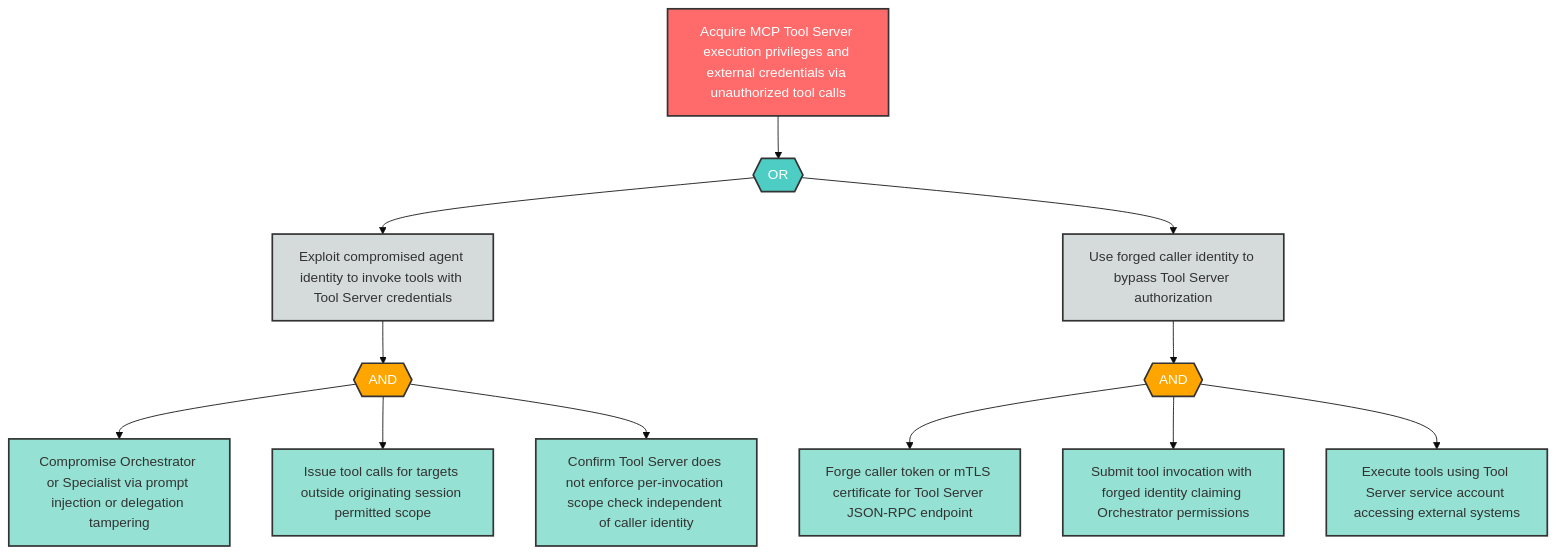
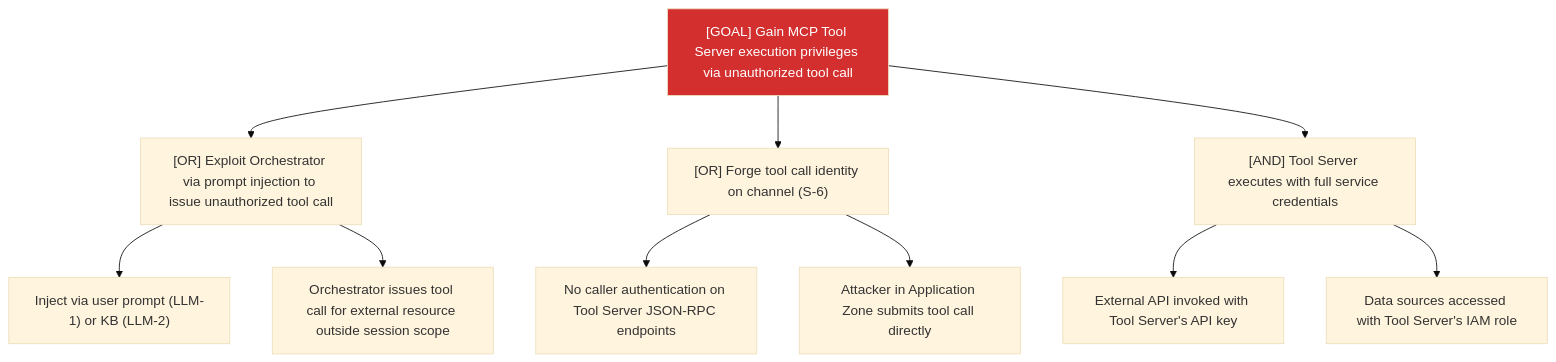
Before and after one commit to q-qp-p/davidmatousek-tachi: the diagram in examples/agentic-app/sample-report/attack-trees/E-5-attack-tree.md, drawn with Mermaid (base theme). The commit also changed other lines of this file and 132 other files, not shown here.

````diff
--- a/examples/agentic-app/sample-report/attack-trees/E-5-attack-tree.md
+++ b/examples/agentic-app/sample-report/attack-trees/E-5-attack-tree.md
@@ -8,39 +7,15 @@
 ```mermaid
-flowchart TD
-    E5_root["Acquire MCP Tool Server execution privileges and external credentials via unauthorized tool calls"]
-    E5_or1{{"OR"}}
-    E5_sub1["Exploit compromised agent identity to invoke tools with Tool Server credentials"]
-    E5_sub2["Use forged caller identity to bypass Tool Server authorization"]
-    E5_and1{{"AND"}}
-    E5_leaf1["Compromise Orchestrator or Specialist via prompt injection or delegation tampering"]
-    E5_leaf2["Issue tool calls for targets outside originating session permitted scope"]
-    E5_leaf3["Confirm Tool Server does not enforce per-invocation scope check independent of caller identity"]
-    E5_and2{{"AND"}}
-    E5_leaf4["Forge caller token or mTLS certificate for Tool Server JSON-RPC endpoint"]
-    E5_leaf5["Submit tool invocation with forged identity claiming Orchestrator permissions"]
-    E5_leaf6["Execute tools using Tool Server service account accessing external systems"]
-
-    E5_root --> E5_or1
-    E5_or1 --> E5_sub1
-    E5_or1 --> E5_sub2
-    E5_sub1 --> E5_and1
-    E5_and1 --> E5_leaf1
-    E5_and1 --> E5_leaf2
-    E5_and1 --> E5_leaf3
-    E5_sub2 --> E5_and2
-    E5_and2 --> E5_leaf4
-    E5_and2 --> E5_leaf5
-    E5_and2 --> E5_leaf6
-
-    classDef goal fill:#ff6b6b,stroke:#333,stroke-width:2px,color:#fff
-    classDef andGate fill:#ffa500,stroke:#333,stroke-width:2px,color:#fff
-    classDef orGate fill:#4ecdc4,stroke:#333,stroke-width:2px,color:#fff
-    classDef subGoal fill:#d5dbdb,stroke:#333,stroke-width:2px,color:#333
-    classDef leaf fill:#95e1d3,stroke:#333,stroke-width:2px,color:#333
-
-    class E5_root goal
-    class E5_or1 orGate
-    class E5_and1,E5_and2 andGate
-    class E5_sub1,E5_sub2 subGoal
-    class E5_leaf1,E5_leaf2,E5_leaf3,E5_leaf4,E5_leaf5,E5_leaf6 leaf
+graph TD
+    Goal["[GOAL] Gain MCP Tool Server execution privileges via unauthorized tool call"]
+    Goal --> A["[OR] Exploit Orchestrator via prompt injection to issue unauthorized tool call"]
+    A --> A1["Inject via user prompt (LLM-1) or KB (LLM-2)"]
+    A --> A2["Orchestrator issues tool call for external resource outside session scope"]
+    Goal --> B["[OR] Forge tool call identity on channel (S-6)"]
+    B --> B1["No caller authentication on Tool Server JSON-RPC endpoints"]
+    B --> B2["Attacker in Application Zone submits tool call directly"]
+    Goal --> C["[AND] Tool Server executes with full service credentials"]
+    C --> C1["External API invoked with Tool Server's API key"]
+    C --> C2["Data sources accessed with Tool Server's IAM role"]
+    classDef critical fill:#d32f2f,color:#fff
+    class Goal critical
 ```
````
